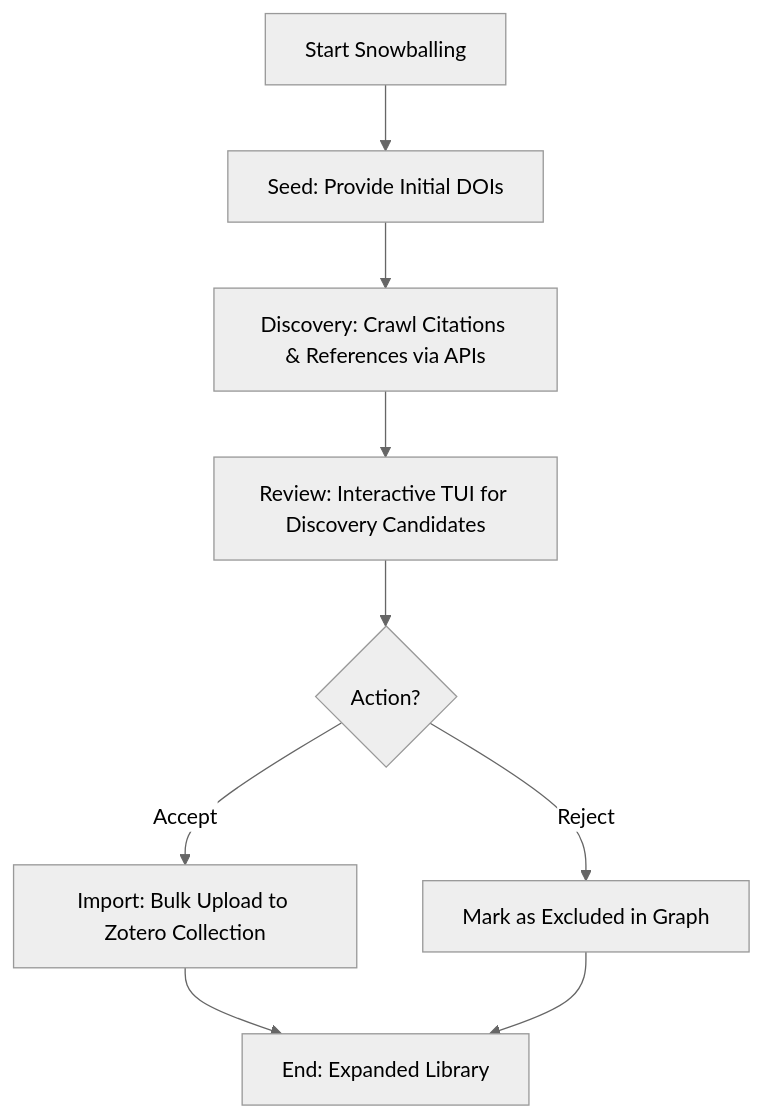
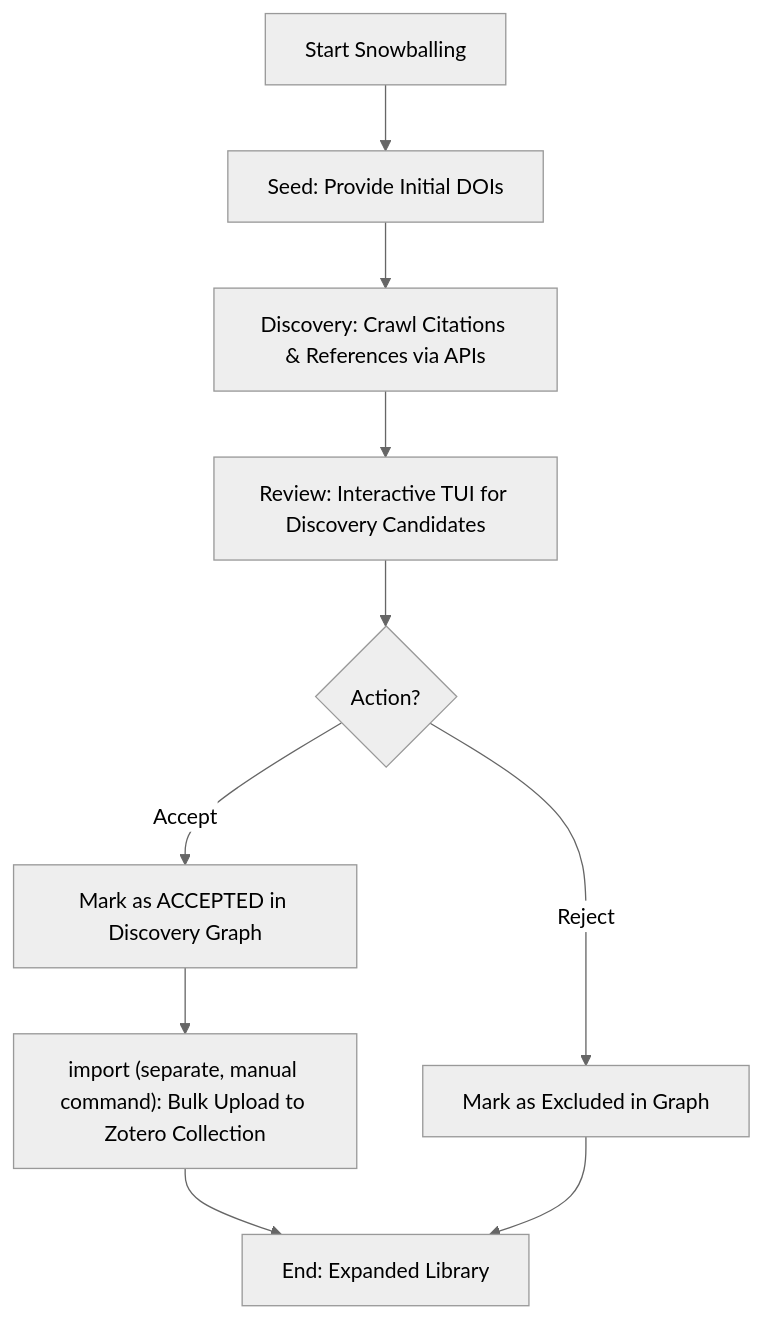
Before and after one commit to fchicout/zotero-cli: the diagram in docs/help_specs/slr_snowball.md, drawn with Mermaid (neutral theme). The commit also changed other lines of this file and 2 other files, not shown here.

Commit message:
docs(slr): correct snowball import doc drift, add offline write-command note (Issue #295) (#309)
slr_snowball.md's mermaid diagram and step 4 prose implied the review
TUI's Accept action auto-imports candidates into Zotero. In reality,
Accept only calls graph_service.update_status(..., STATUS_ACCEPTED) on
the local discovery graph (confirmed no Zotero write calls anywhere in
snowball_tui.py) - a separate, manually-invoked
slr snowball import --target <collection> is what actually writes to
Zotero. Corrected the diagram and prose to show these as distinct steps.

Also added a --offline callout to docs/SETUP_GUIDE.md noting most
write-oriented commands aren't offline-compatible - only item
trash/item restore are offline-mode write paths (verified against
SqliteZoteroGateway's write guards).

Claude-Session: https://claude.ai/code/session_013vvwWxTtaZVz8S4KdTbWtS

````diff
--- a/docs/help_specs/slr_snowball.md
+++ b/docs/help_specs/slr_snowball.md
@@ -8,11 +8,12 @@
 ```mermaid
 graph TD
     A["Start Snowballing"] --> B["Seed: Provide Initial DOIs"]
     B --> C["Discovery: Crawl Citations & References via APIs"]
     C --> D["Review: Interactive TUI for Discovery Candidates"]
     D --> E{"Action?"}
-    E -- "Accept" --> F["Import: Bulk Upload to Zotero Collection"]
+    E -- "Accept" --> F["Mark as ACCEPTED in Discovery Graph"]
     E -- "Reject" --> G["Mark as Excluded in Graph"]
-    F --> H["End: Expanded Library"]
+    F --> I["import (separate, manual command): Bulk Upload to Zotero Collection"]
+    I --> H["End: Expanded Library"]
     G --> H
 ```
````
